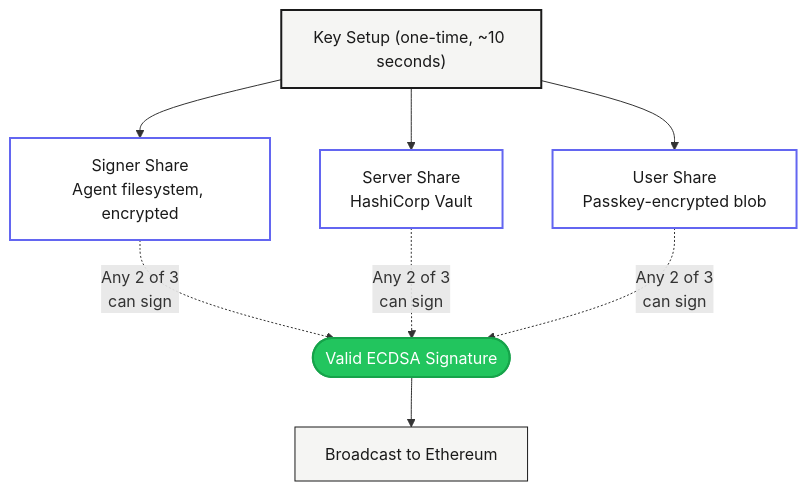
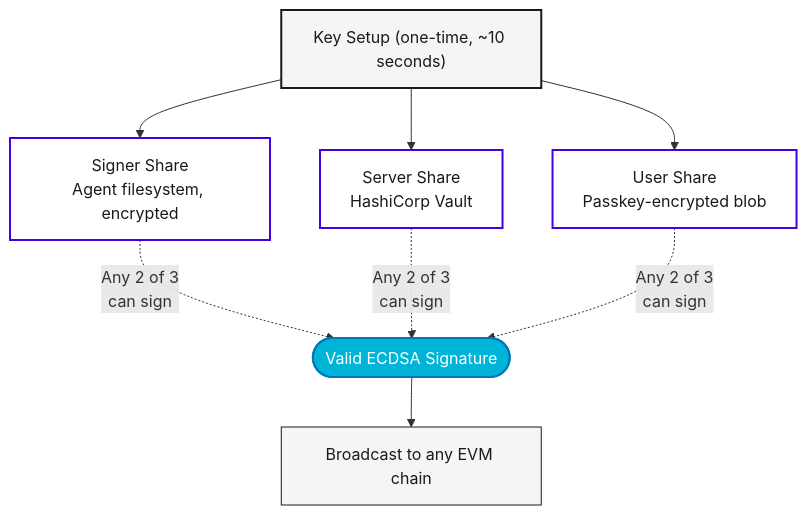
One commit to AgentaOS/docs changed the diagram in guardian/introduction.mdx. Above: the diagram before and after it, drawn with Mermaid. The commit also changed other lines of this file and 28 other files, not shown here.

````diff
--- a/guardian/introduction.mdx
+++ b/guardian/introduction.mdx
@@ -60,21 +68,21 @@
 ```mermaid
 flowchart TD
     DKG["Key Setup (one-time, ~10 seconds)"]
     DKG --> S0["Signer Share\nAgent filesystem, encrypted"]
     DKG --> S1["Server Share\nHashiCorp Vault"]
     DKG --> S2["User Share\nPasskey-encrypted blob"]
 
     S0 -. "Any 2 of 3\ncan sign" .-> SIG
     S1 -. "Any 2 of 3\ncan sign" .-> SIG
     S2 -. "Any 2 of 3\ncan sign" .-> SIG
 
     SIG(["Valid ECDSA Signature"])
-    SIG --> TX["Broadcast to Ethereum"]
+    SIG --> TX["Broadcast to any EVM chain"]
 
     style DKG fill:#f5f5f3,stroke:#1a1a1a,stroke-width:2px,color:#1a1a1a
-    style S0 fill:#fff,stroke:#6366f1,stroke-width:2px,color:#1a1a1a
-    style S1 fill:#fff,stroke:#6366f1,stroke-width:2px,color:#1a1a1a
-    style S2 fill:#fff,stroke:#6366f1,stroke-width:2px,color:#1a1a1a
-    style SIG fill:#22c55e,stroke:#16a34a,stroke-width:2px,color:#fff
+    style S0 fill:#fff,stroke:#4400E0,stroke-width:2px,color:#1a1a1a
+    style S1 fill:#fff,stroke:#4400E0,stroke-width:2px,color:#1a1a1a
+    style S2 fill:#fff,stroke:#4400E0,stroke-width:2px,color:#1a1a1a
+    style SIG fill:#00B4D8,stroke:#0077B6,stroke-width:2px,color:#fff
     style TX fill:#f5f5f3,stroke:#1a1a1a,stroke-width:1px,color:#1a1a1a
 ```
````
